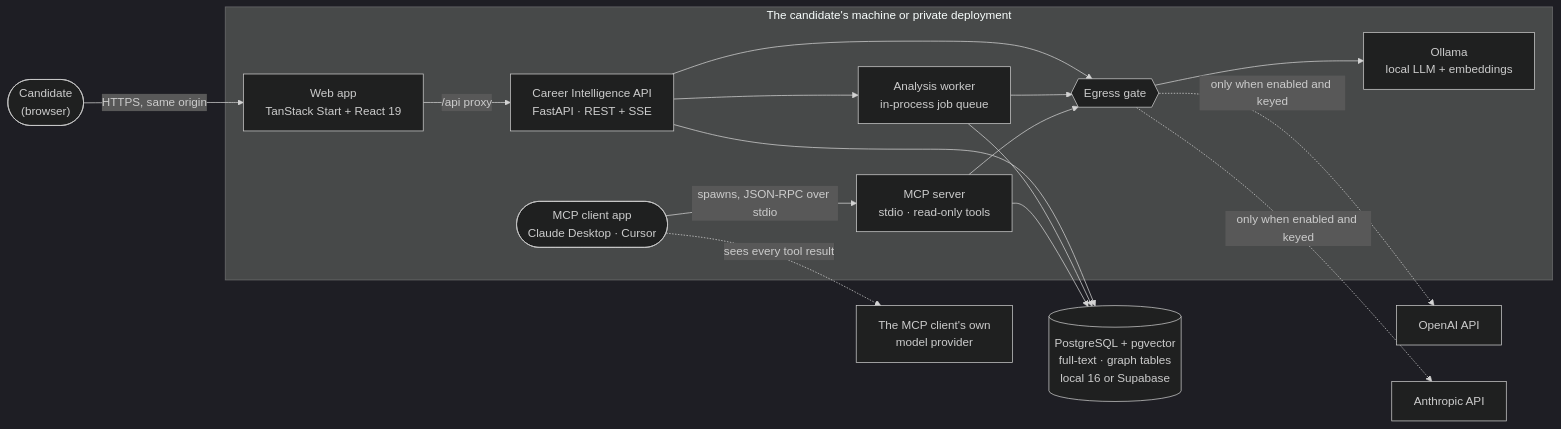
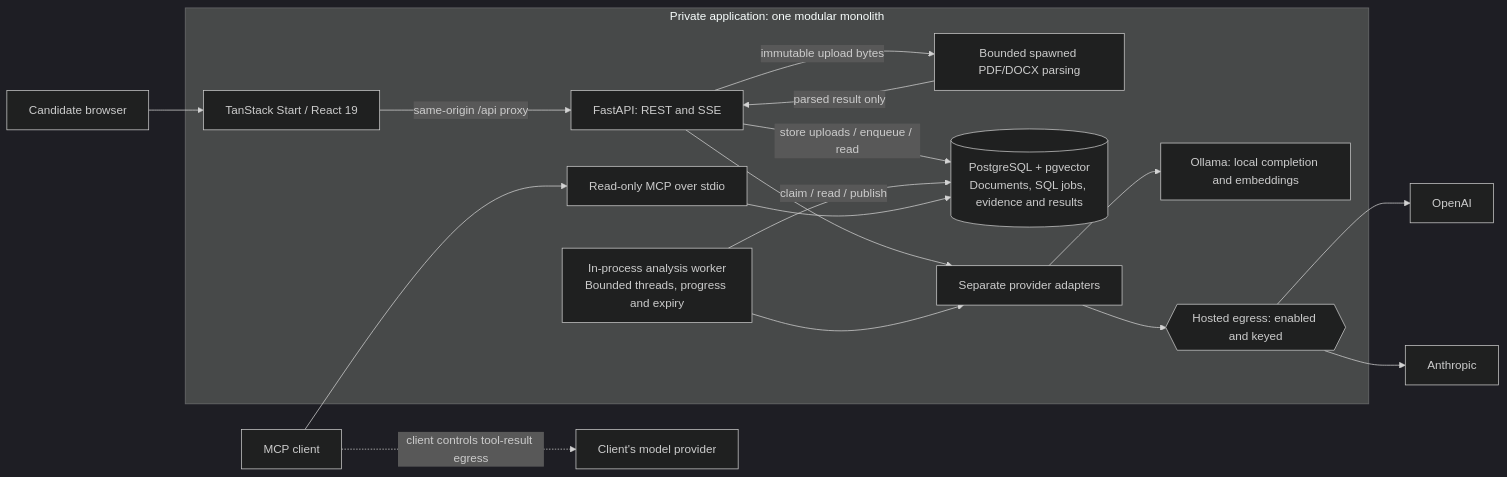
The diagram in README.md (ArifMehmood16/career-intelligence-assistant), drawn with Mermaid (dark theme) before and after one commit. The commit also changed other lines of this file and 16 other files, not shown here.

Commit message:
docs: refresh current architecture and UI screenshots

````diff
--- a/README.md
+++ b/README.md
@@ -60,34 +55,20 @@
 ```mermaid
 flowchart LR
-  candidate(["Candidate<br/>(browser)"])
-
-  subgraph machine ["The candidate's machine or private deployment"]
-    mcpc(["MCP client app<br/>Claude Desktop · Cursor"])
-    web["Web app<br/>TanStack Start + React 19"]
-    api["Career Intelligence API<br/>FastAPI · REST + SSE"]
-    mcp["MCP server<br/>stdio · read-only tools"]
-    worker["Analysis worker<br/>in-process job queue"]
-    gate{{"Egress gate"}}
-    ollama["Ollama<br/>local LLM + embeddings"]
+  candidate["Candidate browser"] --> web["TanStack Start / React 19"]
+  subgraph app["Private application: one modular monolith"]
+    web -->|same-origin /api proxy| api["FastAPI: REST and SSE"]
+    api -->|immutable upload bytes| parse["Bounded spawned PDF/DOCX parsing"]
+    parse -->|parsed result only| api
+    api -->|store uploads / enqueue / read| db[("PostgreSQL + pgvector<br/>Documents, SQL jobs, evidence and results")]
+    worker["In-process analysis worker<br/>Bounded threads, progress and expiry"] -->|claim / read / publish| db
+    api --> adapters["Separate provider adapters"]
+    worker --> adapters
+    adapters --> local["Ollama: local completion and embeddings"]
+    adapters --> gate{{"Hosted egress: enabled and keyed"}}
+    mcp["Read-only MCP over stdio"] --> db
   end
-
-  db[("PostgreSQL + pgvector<br/>full-text · graph tables<br/>local 16 or Supabase")]
-  openai["OpenAI API"]
-  anthropic["Anthropic API"]
-  clientllm["The MCP client's own<br/>model provider"]
-
-  candidate -->|HTTPS, same origin| web
-  web -->|/api proxy| api
-  mcpc -->|spawns, JSON-RPC over stdio| mcp
-  api --> worker
-  api --> db
-  worker --> db
-  mcp --> db
-  api --> gate
-  worker --> gate
-  mcp --> gate
-  gate --> ollama
-  gate -.->|only when enabled and keyed| openai
-  gate -.->|only when enabled and keyed| anthropic
-  mcpc -.->|sees every tool result| clientllm
+  gate --> openai["OpenAI"]
+  gate --> anthropic["Anthropic"]
+  client["MCP client"] --> mcp
+  client -.->|client controls tool-result egress| clientmodel["Client's model provider"]
 ```
````
